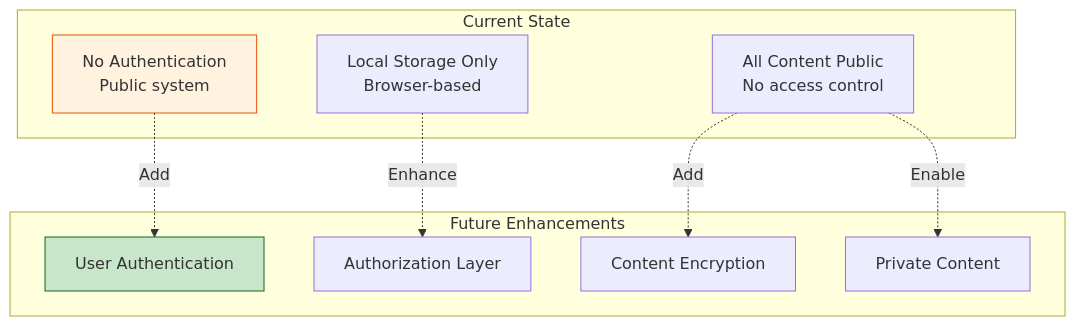
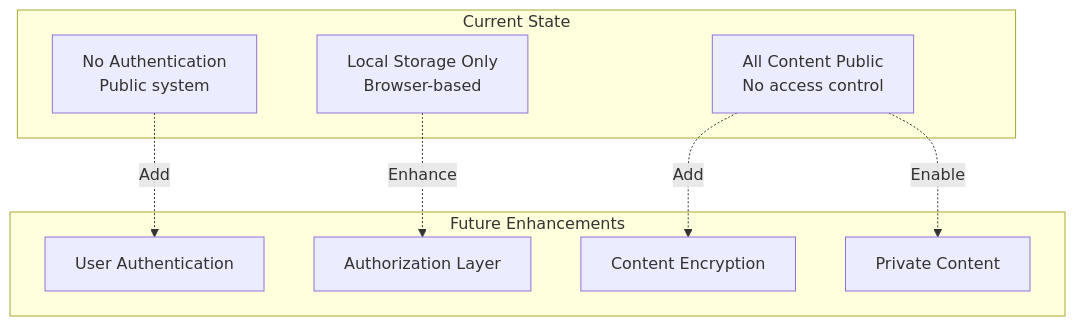
One commit to o2alexanderfedin/angular-cas-disot changed the eighth of 14 diagrams in docs/architecture/security.md. Above: the diagram before and after it, drawn with Mermaid. The commit also changed other lines of this file and 18 other files, not shown here.

````diff
--- a/docs/architecture/security.md
+++ b/docs/architecture/security.md
@@ -265,23 +259,23 @@
 ```mermaid
 graph TD
     subgraph "Current State"
         NO_AUTH[No Authentication<br/>Public system]
         LOCAL[Local Storage Only<br/>Browser-based]
         PUBLIC[All Content Public<br/>No access control]
     end
     
     subgraph "Future Enhancements"
         AUTH[User Authentication]
         AUTHZ[Authorization Layer]
         ENCRYPT[Content Encryption]
         PRIVATE[Private Content]
     end
     
     NO_AUTH -.->|Add| AUTH
     LOCAL -.->|Enhance| AUTHZ
     PUBLIC -.->|Enable| PRIVATE
     PUBLIC -.->|Add| ENCRYPT
     
-    style NO_AUTH fill:#fff3e0,stroke:#e65100
-    style AUTH fill:#c8e6c9,stroke:#1b5e20
+    
+    
 ```
````
